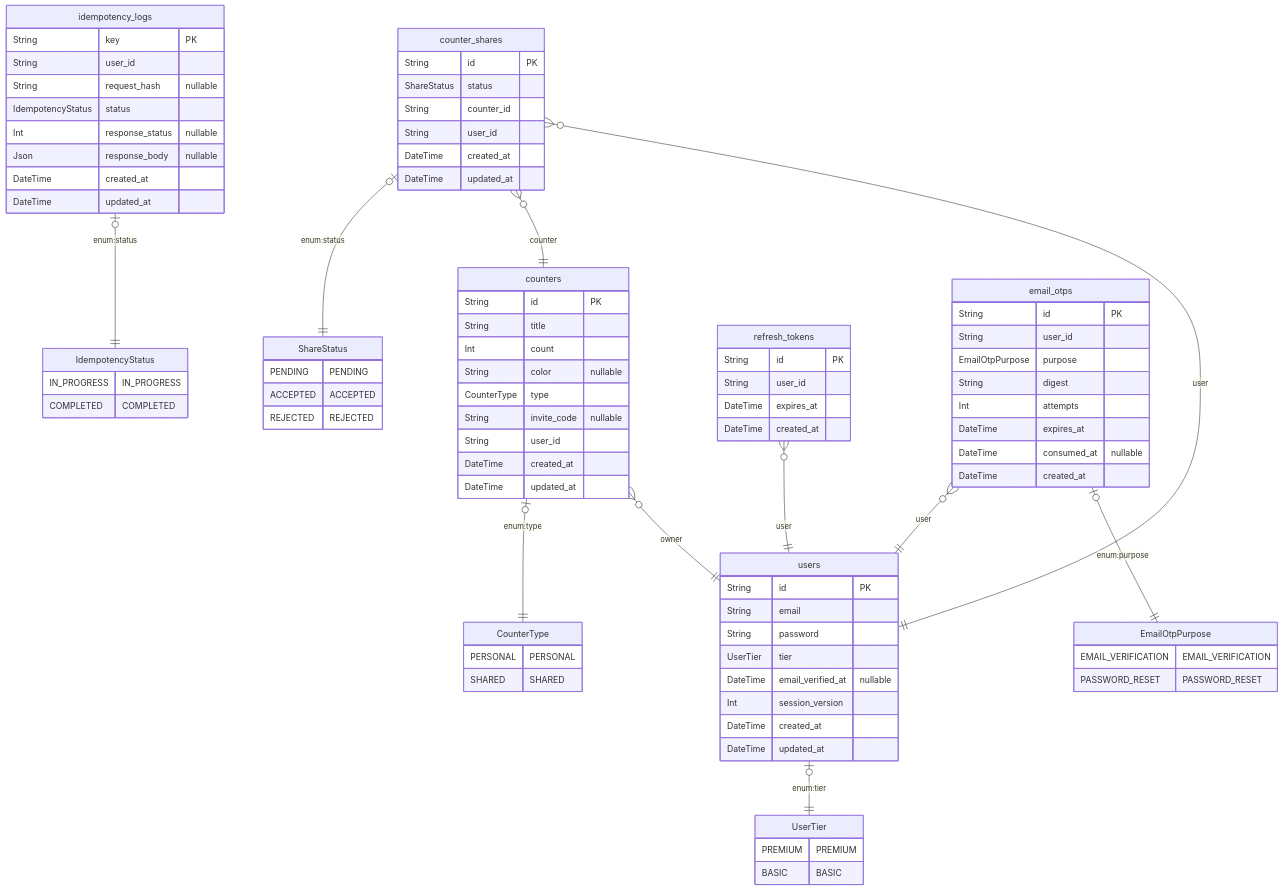
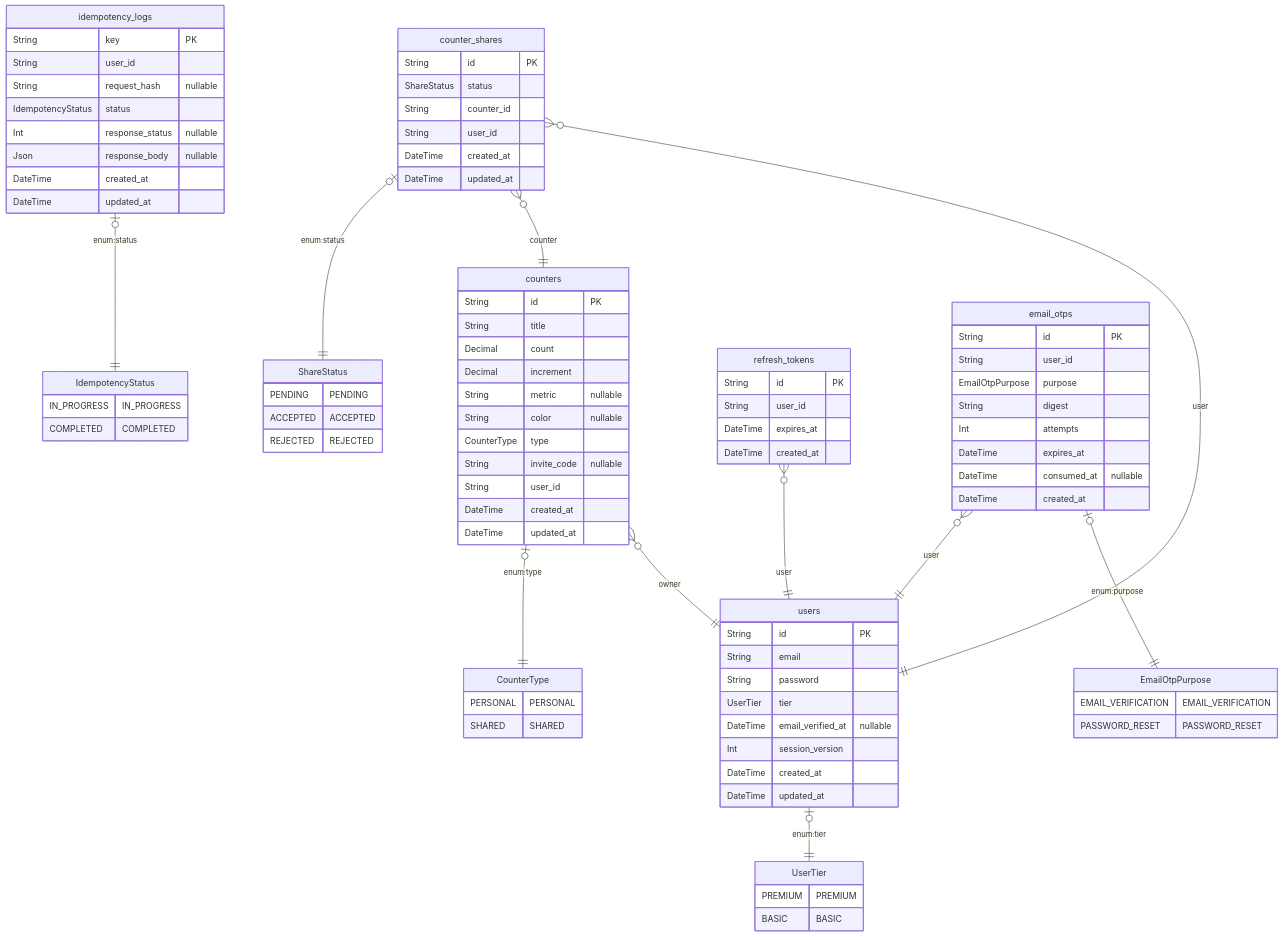
Before and after one commit to michaelgreenl/tally-tracker: the diagram in docs/diagrams/architecture/ERD.md, drawn with Mermaid. The commit also changed 45 other files, not shown here.

```diff
--- a/docs/diagrams/architecture/ERD.md
+++ b/docs/diagrams/architecture/ERD.md
@@ -37,7 +37,9 @@
   "counters" {
     String id "PK"
     String title 
-    Int count 
+    Decimal count
+    Decimal increment
+    String metric "nullable"
     String color "nullable"
     CounterType type 
     String invite_code "nullable"
```
